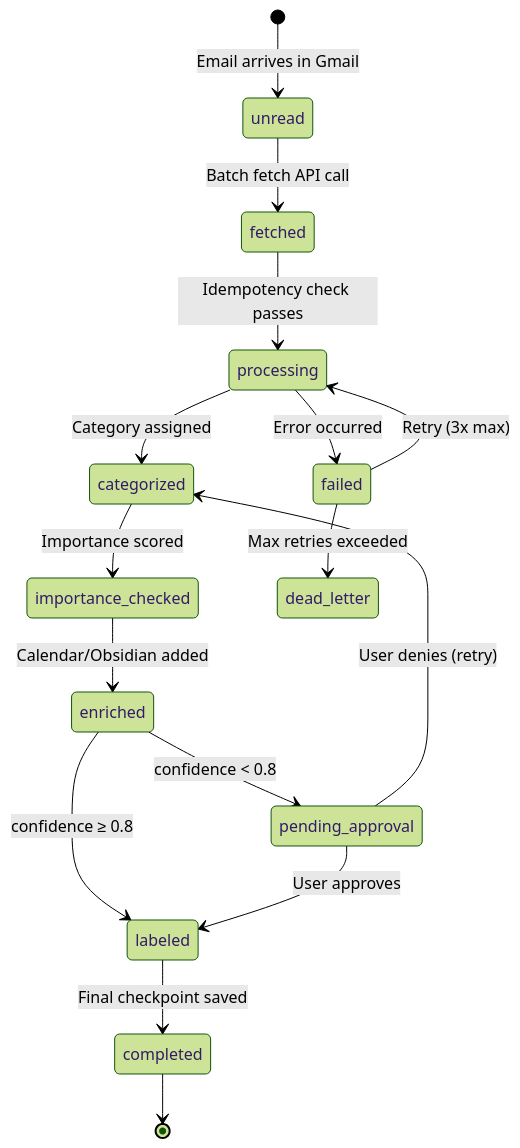
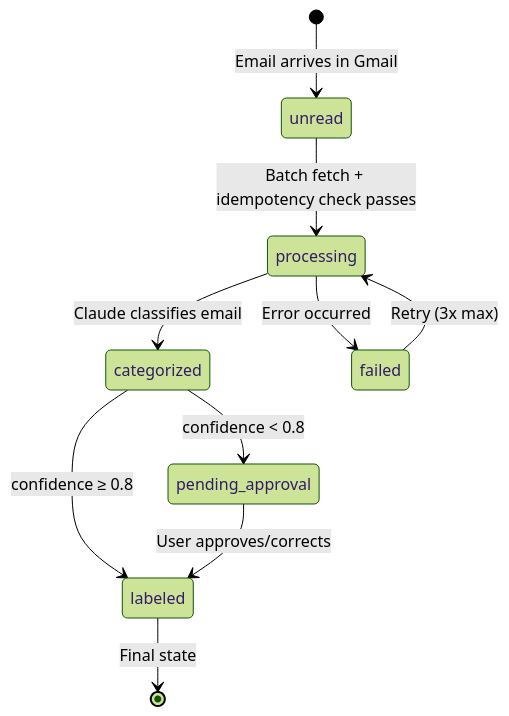
The second of 3 diagrams in data_flow_state.md (sm0neymak3r/gmail-agent-assistant), drawn with Mermaid (forest theme) before and after one commit. The commit also changed other lines of this file and 29 other files, not shown here.

````diff
--- a/data_flow_state.md
+++ b/data_flow_state.md
@@ -158,19 +105,13 @@
 ```mermaid
 stateDiagram-v2
     [*] --> unread: Email arrives in Gmail
-    unread --> fetched: Batch fetch API call
-    fetched --> processing: Idempotency check passes
-    processing --> categorized: Category assigned
-    categorized --> importance_checked: Importance scored
-    importance_checked --> enriched: Calendar/Obsidian added
-    enriched --> pending_approval: confidence < 0.8
-    enriched --> labeled: confidence ≥ 0.8
-    pending_approval --> labeled: User approves
-    pending_approval --> categorized: User denies (retry)
-    labeled --> completed: Final checkpoint saved
-    completed --> [*]
+    unread --> processing: Batch fetch + idempotency check passes
+    processing --> categorized: Claude classifies email
+    categorized --> pending_approval: confidence < 0.8
+    categorized --> labeled: confidence ≥ 0.8
+    pending_approval --> labeled: User approves/corrects
+    labeled --> [*]: Final state
 
     processing --> failed: Error occurred
     failed --> processing: Retry (3x max)
-    failed --> dead_letter: Max retries exceeded
 ```
````
